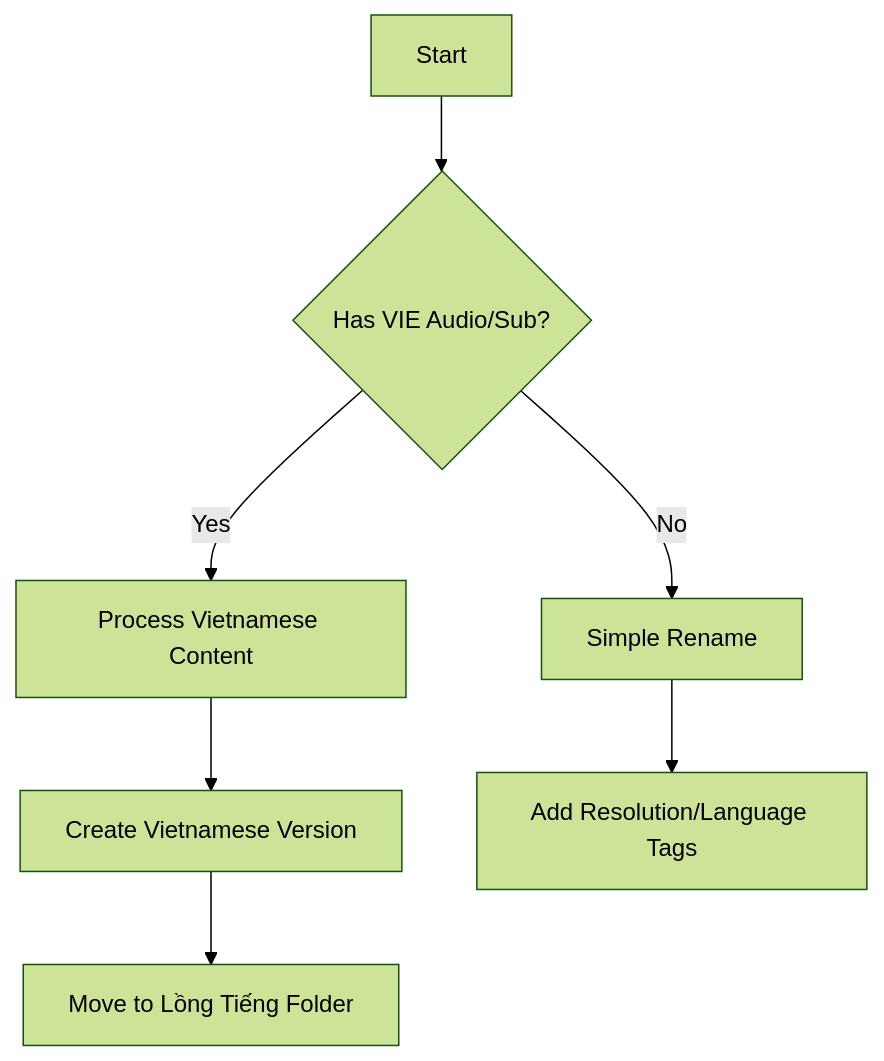
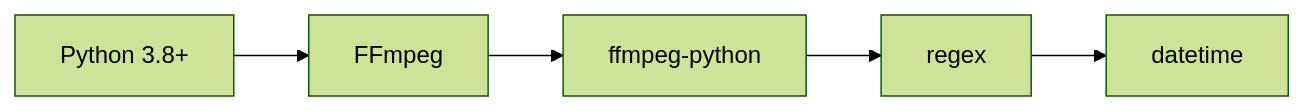
The second of 4 diagrams in Readme.md (HThanh-how/script-extract-video), drawn with Mermaid (forest theme) before and after one commit. The commit also changed other lines of this file, not shown here.

````diff
--- a/Readme.md
+++ b/Readme.md
@@ -123,9 +43,7 @@
 ```mermaid
-graph TD
-    A[Start] --> B{Has VIE Audio/Sub?}
-    B -->|Yes| C[Process Vietnamese Content]
-    B -->|No| D[Simple Rename]
-    C --> E[Create Vietnamese Version]
-    E --> F[Move to Lồng Tiếng Folder]
-    D --> G[Add Resolution/Language Tags]
+graph LR
+    A[Python 3.8+] --> B[FFmpeg]
+    B --> C[ffmpeg-python]
+    C --> D[regex]
+    D --> E[datetime]
 ```
````
